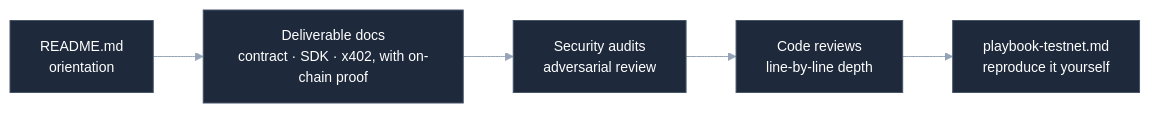
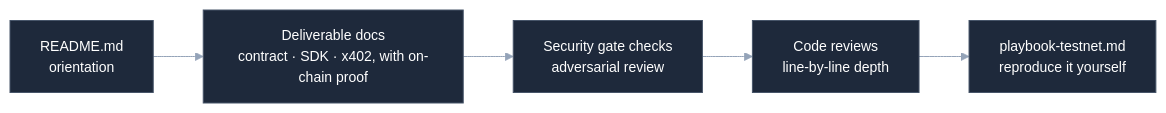
The diagram in docs/list.md (reapp-protocol/reapp-protocol), drawn with Mermaid before and after one commit. The commit also changed other lines of this file and 14 other files, not shown here.

````diff
--- a/docs/list.md
+++ b/docs/list.md
@@ -15,8 +15,8 @@
 ```mermaid
 %%{init: {'theme':'base','themeVariables':{'fontSize':'14px','lineColor':'#94a3b8','primaryColor':'#1e293b','primaryTextColor':'#ffffff','primaryBorderColor':'#475569'}}}%%
 flowchart LR
   A[README.md<br/>orientation] --> B[Deliverable docs<br/>contract · SDK · x402, with on-chain proof]
-  B --> D[Security audits<br/>adversarial review]
+  B --> D[Security gate checks<br/>adversarial review]
   D --> E[Code reviews<br/>line-by-line depth]
   E --> F[playbook-testnet.md<br/>reproduce it yourself]
 ```
````
